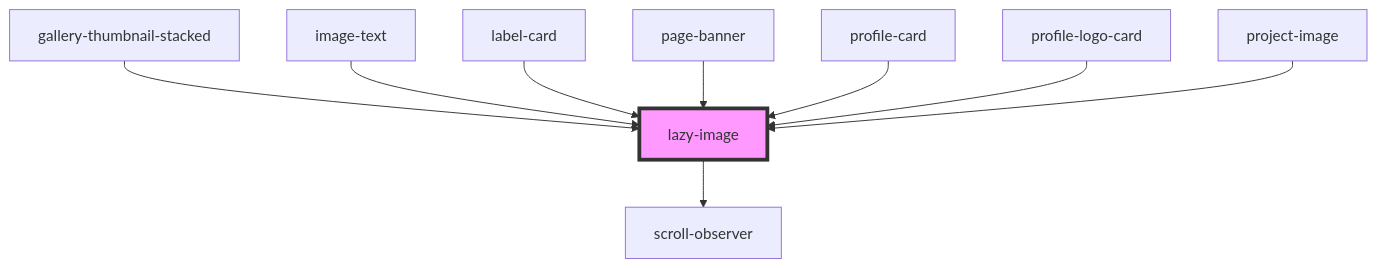
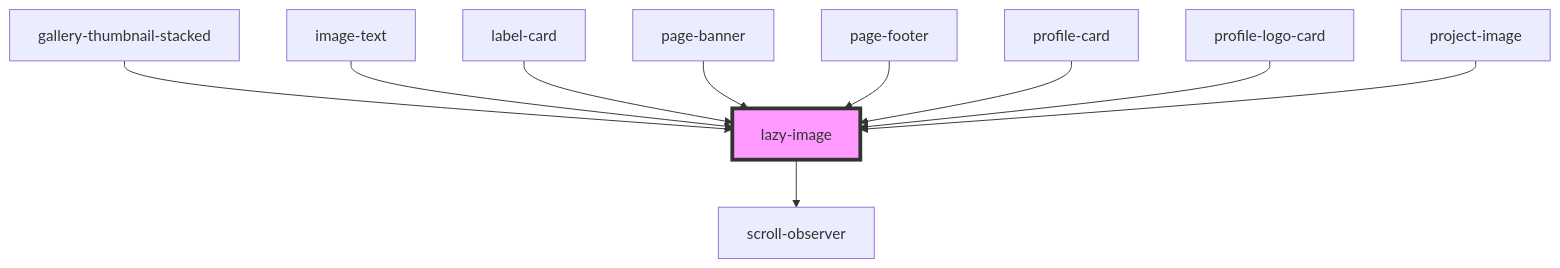
Before and after one commit to dev-kylo/component_library: the diagram in src/components/images/lazy-image/readme.md, drawn with Mermaid. The commit also changed other lines of this file and 8 other files, not shown here.

````diff
--- a/src/components/images/lazy-image/readme.md
+++ b/src/components/images/lazy-image/readme.md
@@ -41,12 +44,13 @@
 ```mermaid
 graph TD;
   lazy-image --> scroll-observer
   gallery-thumbnail-stacked --> lazy-image
   image-text --> lazy-image
   label-card --> lazy-image
   page-banner --> lazy-image
+  page-footer --> lazy-image
   profile-card --> lazy-image
   profile-logo-card --> lazy-image
   project-image --> lazy-image
   style lazy-image fill:#f9f,stroke:#333,stroke-width:4px
 ```
````
